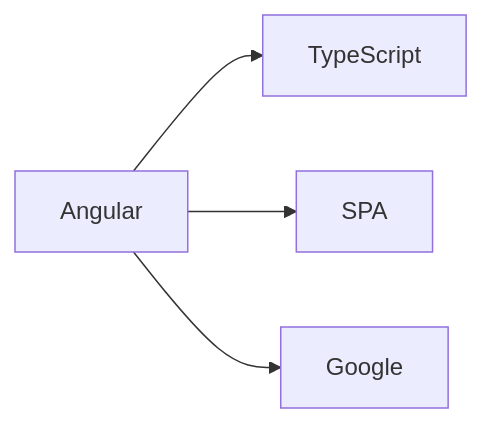
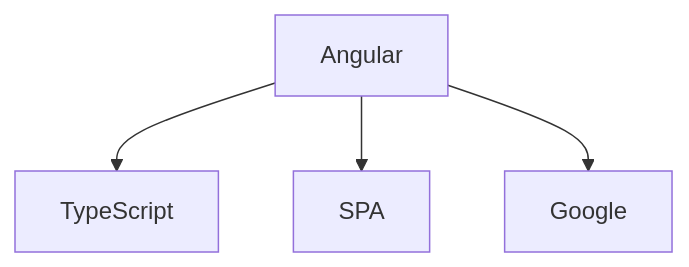
Before and after one commit to zyrass/omnydocs: the second of 41 diagrams in docs/glossaire/developpement-web.md, drawn with Mermaid. The commit also changed other lines of this file and 1780 other files, not shown here.

````diff
--- a/docs/glossaire/developpement-web.md
+++ b/docs/glossaire/developpement-web.md
@@ -45,6 +55,6 @@
-    ```mermaid
-    graph LR
-        A[Angular] --> B[TypeScript]
-        A --> C[SPA]
-        A --> D[Google]
-    ```
+```mermaid
+graph TB
+    A[Angular] --> B[TypeScript]
+    A --> C[SPA]
+    A --> D[Google]
+```
````
